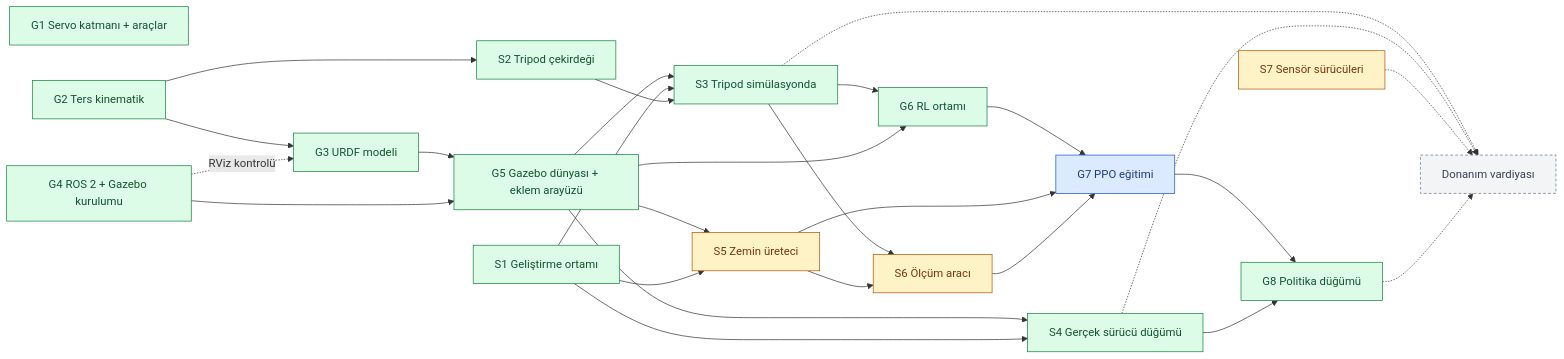
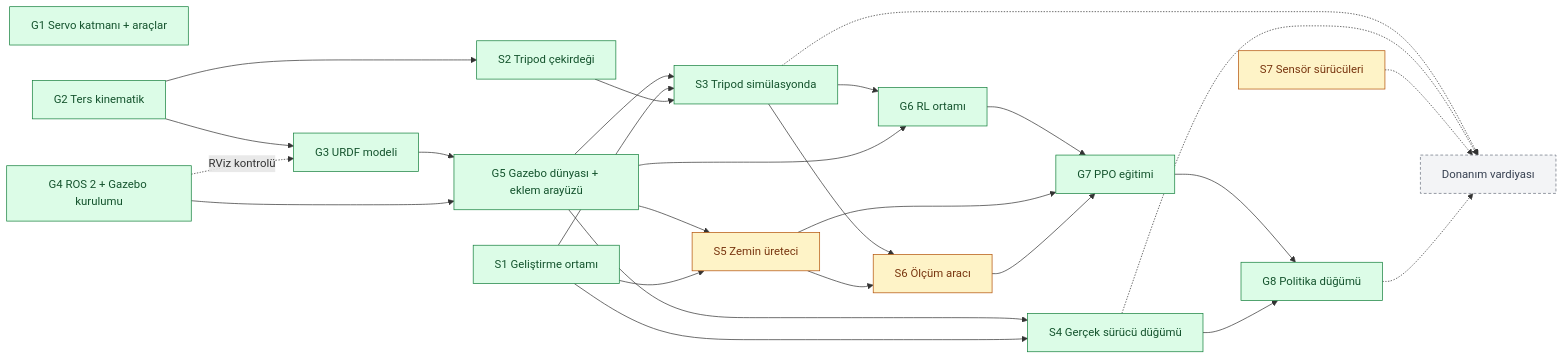
One commit to g0rkm/hexapod changed the first of 2 diagrams in GOREVLER.md. Above: the diagram before and after it, drawn with Mermaid. The commit also changed other lines of this file and 2 other files, not shown here.

````diff
--- a/GOREVLER.md
+++ b/GOREVLER.md
@@ -29,55 +32,55 @@
 ```mermaid
 flowchart LR
     classDef gorkem fill:#dbeafe,stroke:#1d4ed8,color:#1e3a8a
     classDef samet fill:#fef3c7,stroke:#b45309,color:#78350f
     classDef done fill:#dcfce7,stroke:#15803d,color:#14532d
     classDef paused fill:#f3f4f6,stroke:#6b7280,color:#374151,stroke-dasharray:4 3
 
     G1[G1 Servo katmanı + araçlar]:::done
     G2[G2 Ters kinematik]:::done
     G3[G3 URDF modeli]:::done
     G4[G4 ROS 2 + Gazebo kurulumu]:::done
     G5[G5 Gazebo dünyası + eklem arayüzü]:::done
     G6[G6 RL ortamı]:::done
-    G7[G7 PPO eğitimi]:::gorkem
+    G7[G7 PPO eğitimi]:::done
     G8[G8 Politika düğümü]:::done
 
     S1[S1 Geliştirme ortamı]:::done
     S2[S2 Tripod çekirdeği]:::done
     S3[S3 Tripod simülasyonda]:::done
     S4[S4 Gerçek sürücü düğümü]:::done
     S5[S5 Zemin üreteci]:::samet
     S6[S6 Ölçüm aracı]:::samet
     S7[S7 Sensör sürücüleri]:::samet
 
     D[Donanım vardiyası]:::paused
 
     G2 --> G3
     G4 -.->|RViz kontrolü| G3
     G3 --> G5
     G4 --> G5
     G2 --> S2
 
     G5 --> S3
     G5 --> S4
     G5 --> S5
     S1 --> S3
     S1 --> S4
     S1 --> S5
     S2 --> S3
 
     S3 --> G6
     G5 --> G6
     G6 --> G7
     S5 --> G7
     S6 --> G7
     S3 --> S6
     S5 --> S6
     G7 --> G8
     S4 --> G8
 
     S3 -.-> D
     S4 -.-> D
     S7 -.-> D
     G8 -.-> D
 ```
````
